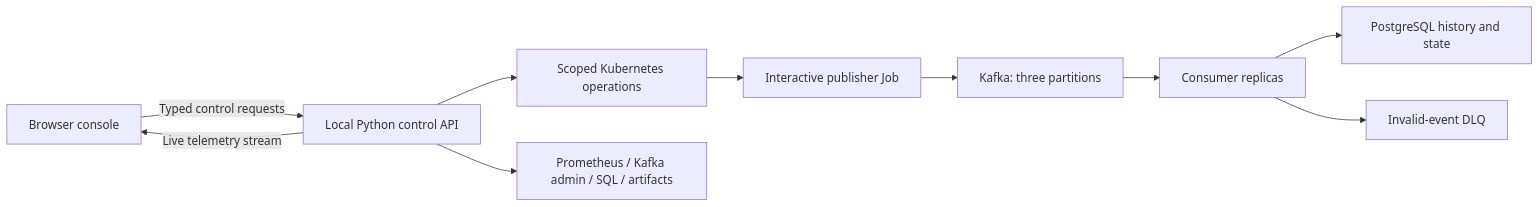
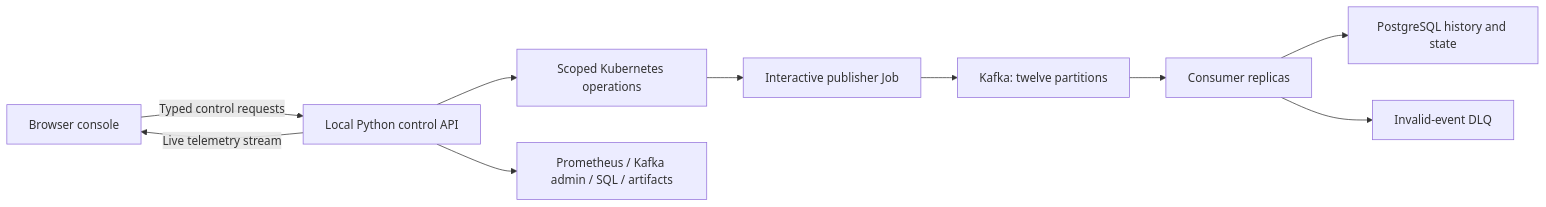
Before and after one commit to 1amKhush/StreamScale: the diagram in docs/interactive-console-plan.md, drawn with Mermaid. The commit also changed other lines of this file and 69 other files, not shown here.

Commit message:
feat: expand pipeline capacity to twelve partitions and replicas

````diff
--- a/docs/interactive-console-plan.md
+++ b/docs/interactive-console-plan.md
@@ -123,12 +123,12 @@
 ```mermaid
 flowchart LR
     Browser[Browser console] -->|Typed control requests| API[Local Python control API]
     API -->|Live telemetry stream| Browser
     API --> Kube[Scoped Kubernetes operations]
     API --> Observe[Prometheus / Kafka admin / SQL / artifacts]
     Kube --> Sale[Interactive publisher Job]
-    Sale --> Kafka[Kafka: three partitions]
+    Sale --> Kafka[Kafka: twelve partitions]
     Kafka --> Consumer[Consumer replicas]
     Consumer --> SQL[PostgreSQL history and state]
     Consumer --> DLQ[Invalid-event DLQ]
 ```
````
